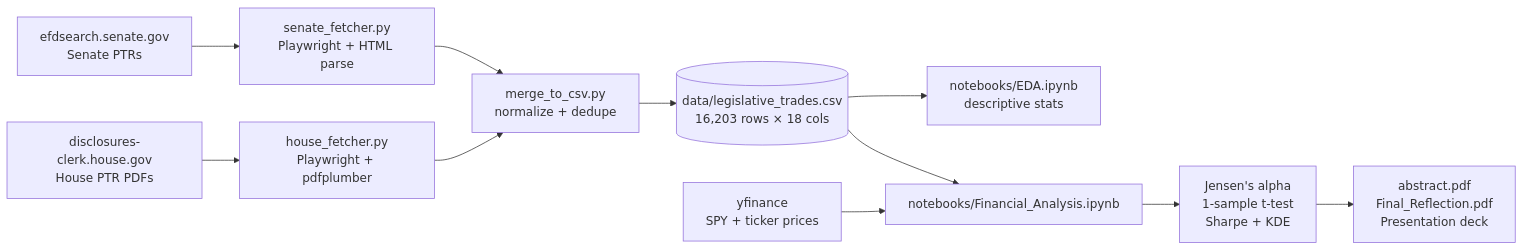
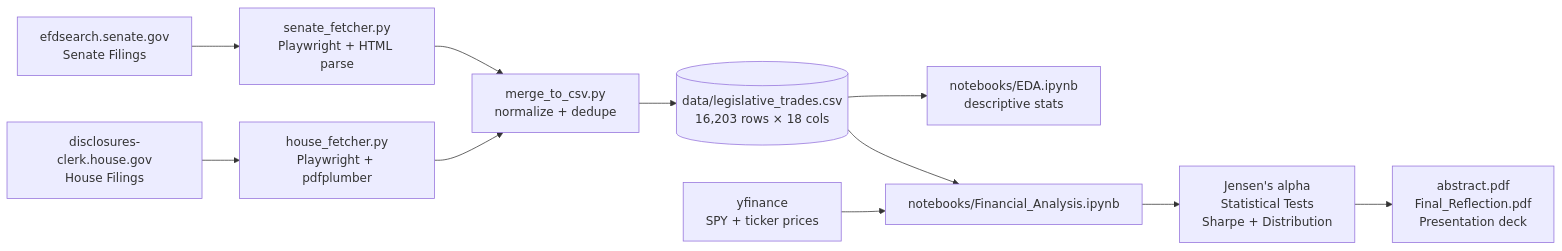
One commit to Builder106/CapitolAlpha changed the diagram in README.md. Above: the diagram before and after it, drawn with Mermaid. The commit also changed other lines of this file, not shown here.

````diff
--- a/README.md
+++ b/README.md
@@ -57,13 +59,13 @@
 ```mermaid
 flowchart LR
-  senate["efdsearch.senate.gov<br/>Senate PTRs"] --> sf["senate_fetcher.py<br/>Playwright + HTML parse"]
-  house["disclosures-clerk.house.gov<br/>House PTR PDFs"] --> hf["house_fetcher.py<br/>Playwright + pdfplumber"]
+  senate["efdsearch.senate.gov<br/>Senate Filings"] --> sf["senate_fetcher.py<br/>Playwright + HTML parse"]
+  house["disclosures-clerk.house.gov<br/>House Filings"] --> hf["house_fetcher.py<br/>Playwright + pdfplumber"]
   sf --> merge["merge_to_csv.py<br/>normalize + dedupe"]
   hf --> merge
   merge --> csv[("data/legislative_trades.csv<br/>16,203 rows × 18 cols")]
   csv --> eda["notebooks/EDA.ipynb<br/>descriptive stats"]
   csv --> fin["notebooks/Financial_Analysis.ipynb"]
   yf["yfinance<br/>SPY + ticker prices"] --> fin
-  fin --> alpha["Jensen's alpha<br/>1-sample t-test<br/>Sharpe + KDE"]
+  fin --> alpha["Jensen's alpha<br/>Statistical Tests<br/>Sharpe + Distribution"]
   alpha --> deliverables["abstract.pdf<br/>Final_Reflection.pdf<br/>Presentation deck"]
 ```
````
